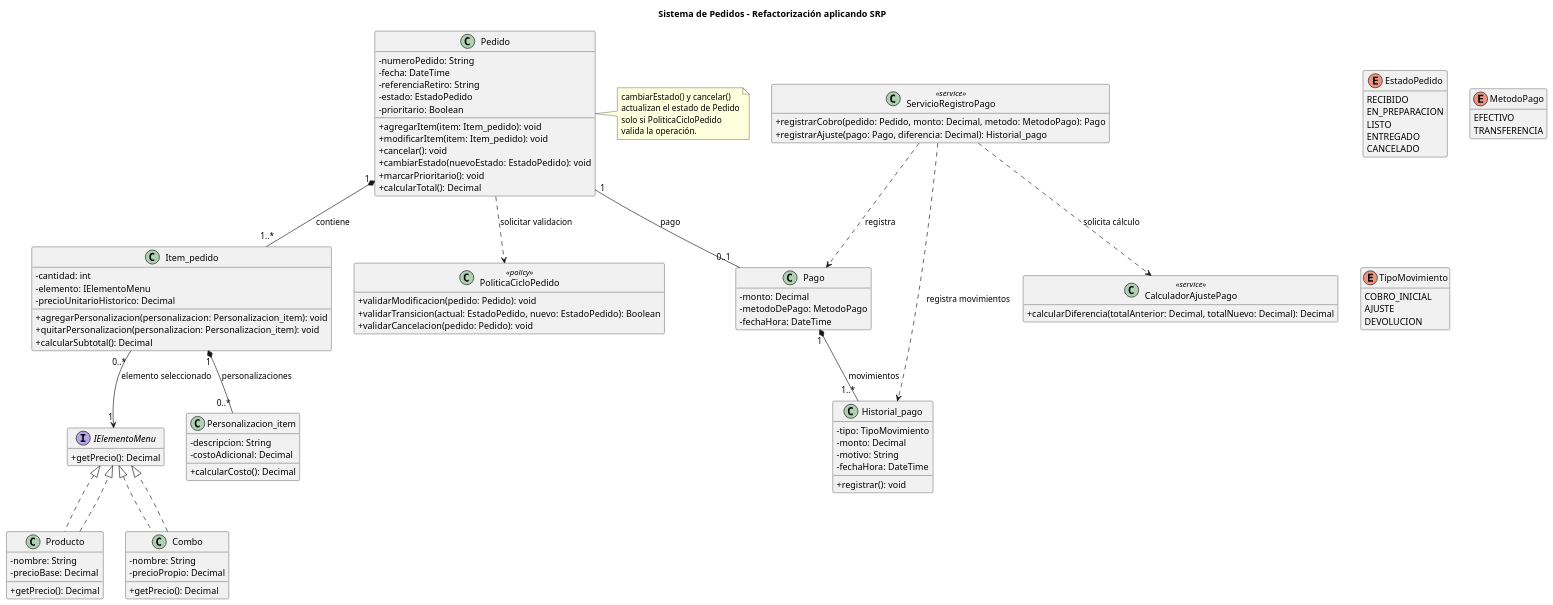
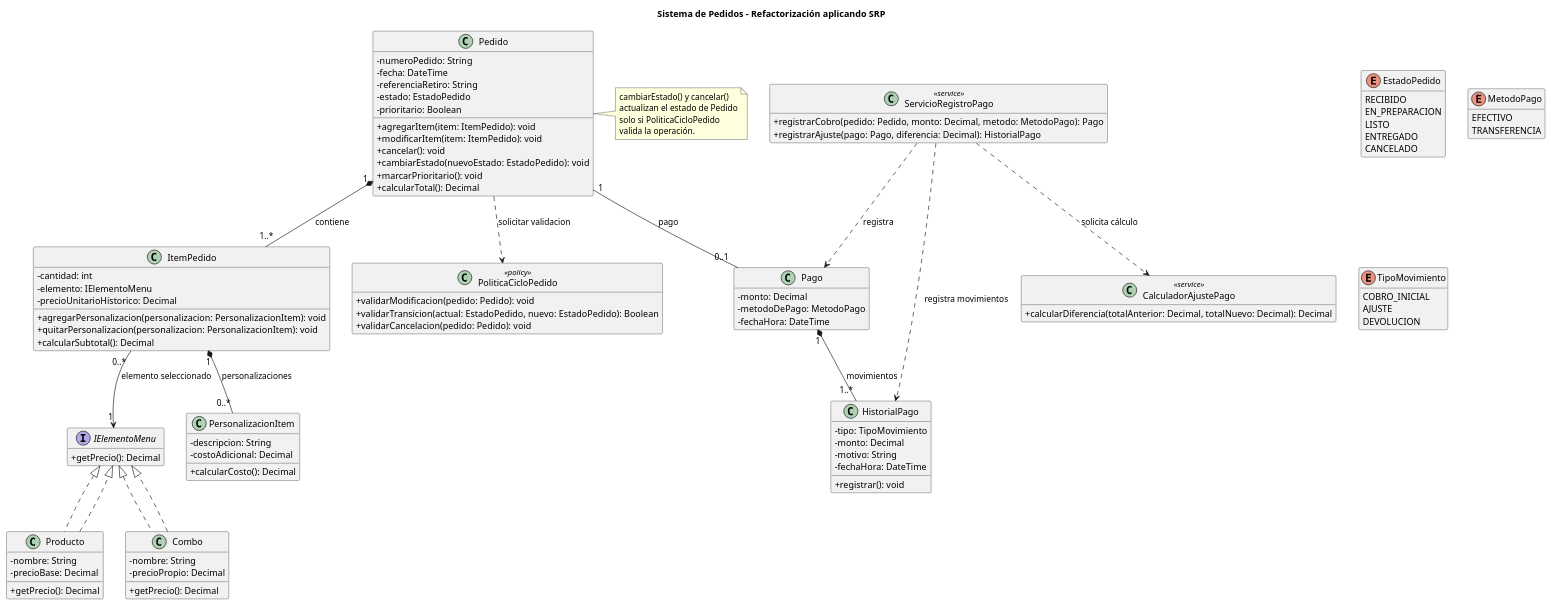
Before and after one commit to eloeyhe/SistemaPedidos: the diagram in diagramas/01-diagrama-clases/01-solid-01-srp.puml, drawn with PlantUML. The commit also changed 43 other files, not shown here.

```diff
--- a/diagramas/01-diagrama-clases/01-solid-01-srp.puml
+++ b/diagramas/01-diagrama-clases/01-solid-01-srp.puml
@@ -1,124 +1,124 @@
 @startuml
 title Sistema de Pedidos - Refactorización aplicando SRP
 
 skinparam classAttributeIconSize 0
 hide empty members
 
 class Pedido {
   - numeroPedido: String
   - fecha: DateTime
   - referenciaRetiro: String
   - estado: EstadoPedido
   - prioritario: Boolean
-  + agregarItem(item: Item_pedido): void
-  + modificarItem(item: Item_pedido): void
+  + agregarItem(item: ItemPedido): void
+  + modificarItem(item: ItemPedido): void
   + cancelar(): void
   + cambiarEstado(nuevoEstado: EstadoPedido): void
   + marcarPrioritario(): void
   + calcularTotal(): Decimal
 }
 
-class Item_pedido {
+class ItemPedido {
   - cantidad: int
   - elemento: IElementoMenu
   - precioUnitarioHistorico: Decimal
-  + agregarPersonalizacion(personalizacion: Personalizacion_item): void
-  + quitarPersonalizacion(personalizacion: Personalizacion_item): void
+  + agregarPersonalizacion(personalizacion: PersonalizacionItem): void
+  + quitarPersonalizacion(personalizacion: PersonalizacionItem): void
   + calcularSubtotal(): Decimal
 }
 
 interface IElementoMenu {
   + getPrecio(): Decimal
 }
 
 class Producto implements IElementoMenu {
   - nombre: String
   - precioBase: Decimal
   + getPrecio(): Decimal
 }
 
 class Combo implements IElementoMenu {
   - nombre: String
   - precioPropio: Decimal
   + getPrecio(): Decimal
 }
 
-class Personalizacion_item {
+class PersonalizacionItem {
   - descripcion: String
   - costoAdicional: Decimal
   + calcularCosto(): Decimal
 }
 
 class Pago {
   - monto: Decimal
   - metodoDePago: MetodoPago
   - fechaHora: DateTime
 }
 
-class Historial_pago {
+class HistorialPago {
   - tipo: TipoMovimiento
   - monto: Decimal
   - motivo: String
   - fechaHora: DateTime
   + registrar(): void
 }
 
 class PoliticaCicloPedido <<policy>> {
   + validarModificacion(pedido: Pedido): void
   + validarTransicion(actual: EstadoPedido, nuevo: EstadoPedido): Boolean
   + validarCancelacion(pedido: Pedido): void
 }
 
 class ServicioRegistroPago <<service>> {
   + registrarCobro(pedido: Pedido, monto: Decimal, metodo: MetodoPago): Pago
-  + registrarAjuste(pago: Pago, diferencia: Decimal): Historial_pago
+  + registrarAjuste(pago: Pago, diferencia: Decimal): HistorialPago
 }
 
 class CalculadorAjustePago <<service>> {
   + calcularDiferencia(totalAnterior: Decimal, totalNuevo: Decimal): Decimal
 }
 
 enum EstadoPedido {
   RECIBIDO
   EN_PREPARACION
   LISTO
   ENTREGADO
   CANCELADO
 }
 
 enum MetodoPago {
   EFECTIVO
   TRANSFERENCIA
 }
 
 enum TipoMovimiento {
   COBRO_INICIAL
   AJUSTE
   DEVOLUCION
 }
 
-Pedido "1" *-- "1..*" Item_pedido : contiene
-Item_pedido "0..*" --> "1" IElementoMenu : elemento seleccionado
+Pedido "1" *-- "1..*" ItemPedido : contiene
+ItemPedido "0..*" --> "1" IElementoMenu : elemento seleccionado
 Producto ..|> IElementoMenu
 Combo ..|> IElementoMenu
-Item_pedido "1" *-- "0..*" Personalizacion_item : personalizaciones
+ItemPedido "1" *-- "0..*" PersonalizacionItem : personalizaciones
 Pedido "1" -- "0..1" Pago : pago
-Pago "1" *-- "1..*" Historial_pago : movimientos
+Pago "1" *-- "1..*" HistorialPago : movimientos
 
 Pedido ..> PoliticaCicloPedido : solicitar validacion
 
   note right of Pedido
   cambiarEstado() y cancelar()
   actualizan el estado de Pedido
   solo si PoliticaCicloPedido
   valida la operación.
   end note
 
 ServicioRegistroPago ..> Pago : registra
-ServicioRegistroPago ..> Historial_pago : registra movimientos
+ServicioRegistroPago ..> HistorialPago : registra movimientos
 ServicioRegistroPago ..> CalculadorAjustePago : solicita cálculo
 
 
 
 
 @enduml
```
